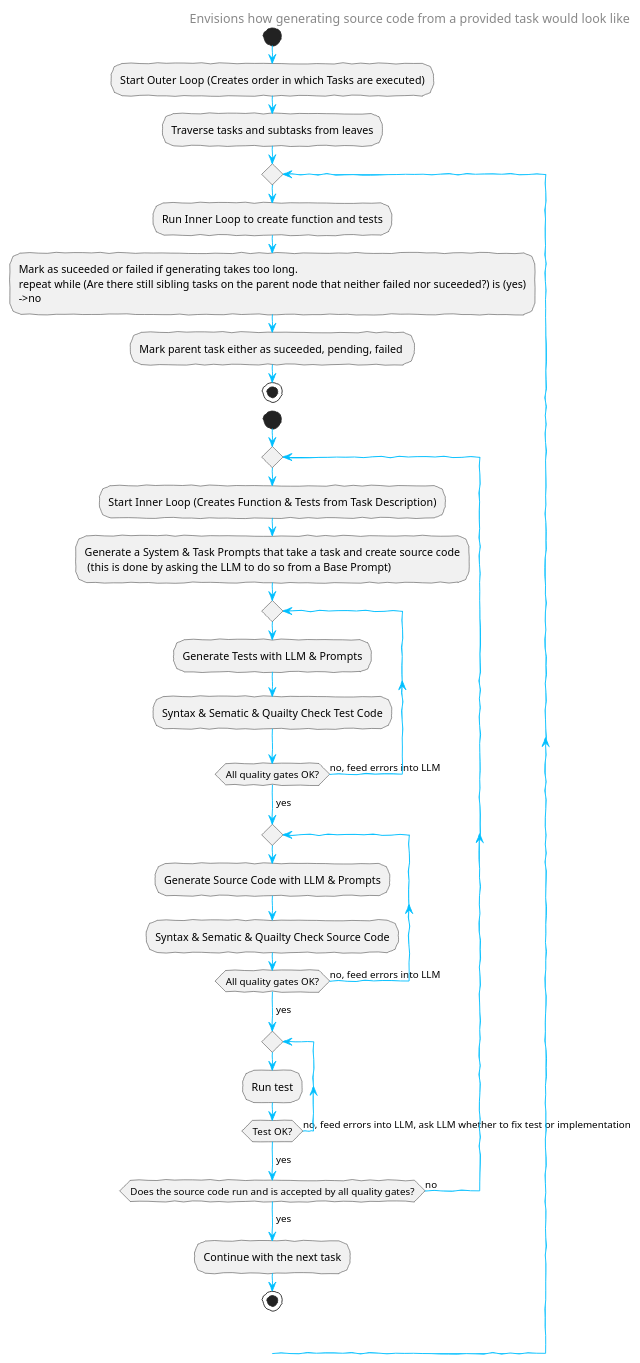
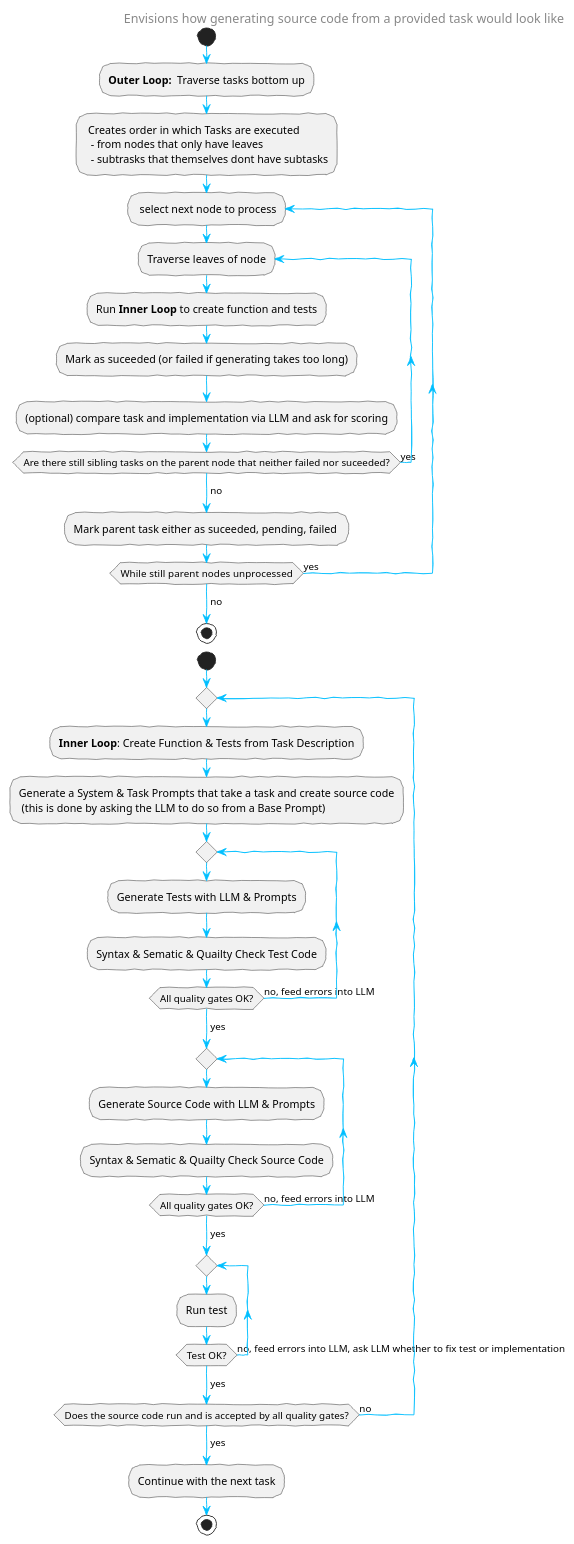
The diagram in src/content/docs/ai/Potential Use Cases/code-jeeves-vision.puml (7frank/ai-ui-playground), drawn with PlantUML before and after one commit.

Commit message:
update puml

```diff
--- a/src/content/docs/ai/Potential Use Cases/code-jeeves-vision.puml
+++ b/src/content/docs/ai/Potential Use Cases/code-jeeves-vision.puml
@@ -1,79 +1,88 @@
 @startuml
 
 skinparam handwritten true
 
 skinparam sequence {
 ArrowColor DeepSkyBlue
 ActorBorderColor DeepSkyBlue
 LifeLineBorderColor blue
 LifeLineBackgroundColor #A9DCDF
 
 ParticipantBorderColor DodgerBlue
 ParticipantBackgroundColor DeepSkyBlue
 
 ParticipantFontColor #333
 
 ActorBackgroundColor aqua
 ActorFontColor DeepSkyBlue
 ActorFontSize 17
 ActorFontName Aapex
 }
 
 header
 <font  size=14>Envisions how generating source code from a provided task would look like</font>
 endheader
 
 
 
 start
-:Start Outer Loop (Creates order in which Tasks are executed);
-:Traverse tasks and subtasks from leaves;
-repeat
-:Run Inner  Loop to create function and tests;
-:Mark as suceeded or failed if generating takes too long.
+:**Outer Loop:**  Traverse tasks bottom up;
+: Creates order in which Tasks are executed
+  - from nodes that only have leaves
+  - subtrasks that themselves dont have subtasks;
+
+
+repeat : select next node to process;
+repeat :Traverse leaves of node;
+:Run **Inner Loop** to create function and tests;
+:Mark as suceeded (or failed if generating takes too long);
+:(optional) compare task and implementation via LLM and ask for scoring;
 repeat while (Are there still sibling tasks on the parent node that neither failed nor suceeded?) is (yes)
 ->no;
 :Mark parent task either as suceeded, pending, failed ;
+
+repeat while (While still parent nodes  unprocessed) is (yes)
+->no;
 
 stop
 
 start
 
 repeat 
-:Start Inner Loop (Creates Function & Tests from Task Description);
+:**Inner Loop**: Create Function & Tests from Task Description;
 
 :Generate a System & Task Prompts that take a task and create source code
  (this is done by asking the LLM to do so from a Base Prompt);
 
 repeat
 :Generate Tests with LLM & Prompts;
 :Syntax & Sematic & Quailty Check Test Code;
 
 repeat while (All quality gates OK?) is (no, feed errors into LLM)
 ->yes;
 
 
 repeat
 :Generate Source Code with LLM & Prompts;
 :Syntax & Sematic & Quailty Check Source Code;
 
 repeat while (All quality gates OK?) is (no, feed errors into LLM)
 ->yes;
 
 
 repeat
 :Run test;
 repeat while (Test OK?) is (no, feed errors into LLM, ask LLM whether to fix test or implementation)
 ->yes;
 
 repeat while (Does the source code run and is accepted by all quality gates?) is (no)
 ->yes;
 
 :Continue with the next task;
 
 stop
 
 
 
 
 @enduml
```
